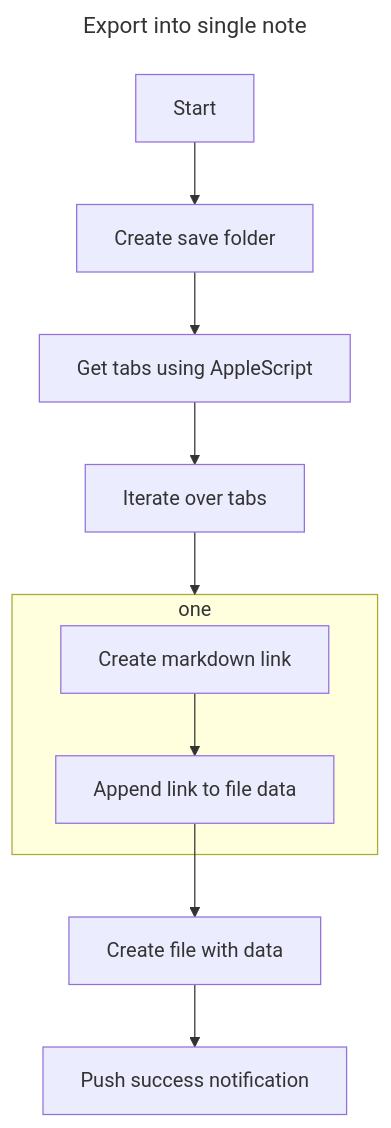
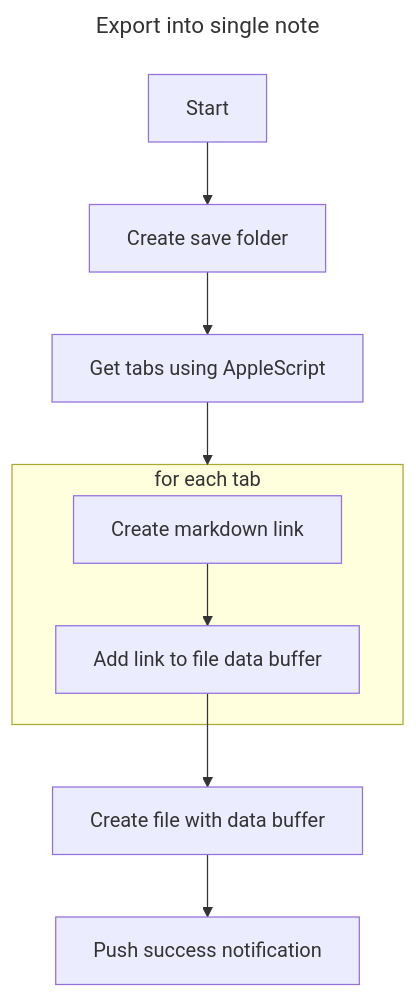
One commit to decaf-dev/obsidian-export-browser-tabs changed the diagram in src/commands/export-into-single-note/README.md. Above: the diagram before and after it, drawn with Mermaid.

Commit message:
docs: add named graph

````diff
--- a/src/commands/export-into-single-note/README.md
+++ b/src/commands/export-into-single-note/README.md
@@ -1,15 +1,14 @@
 ```mermaid
 ---
 title: Export into single note
 ---
 flowchart TD
     Start --> A
 	A[Create save folder] --> B[Get tabs using AppleScript]
-	B --> C[Iterate over tabs]
-	C --> one
-	subgraph one
-	E[Create markdown link] --> F[Append link to file data]
+	B --> one
+	subgraph one [for each tab]
+	C[Create markdown link] --> D[Add link to file data buffer]
 	end
-	F --> G[Create file with data]
-	G --> H[Push success notification]
+	D --> F[Create file with data buffer]
+	F --> G[Push success notification]
 ```
````
